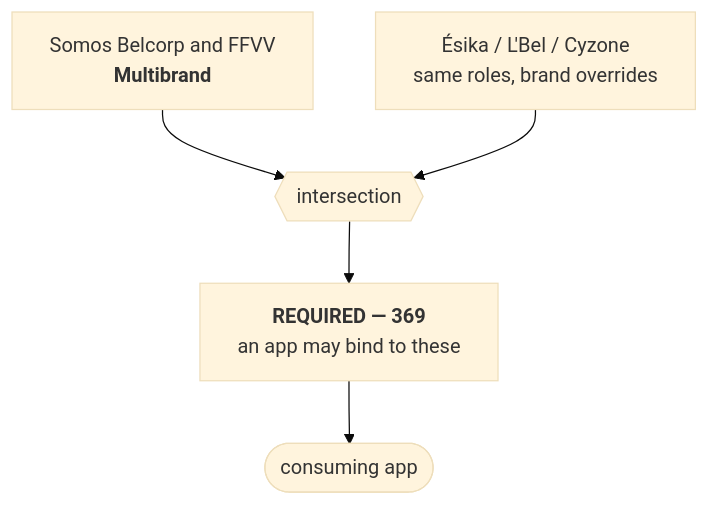
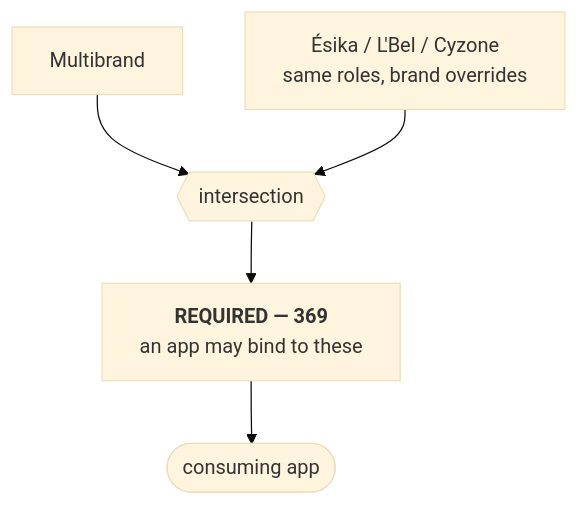
The second of 2 diagrams in docs/brands.md (esteban505r/design-system), drawn with Mermaid (base theme) before and after one commit. The commit also changed other lines of this file and 60 other files, not shown here.

First line of the commit message:
feat(tokens)!: ship Multibrand instead of Belcorp and FFVV sets

````diff
--- a/docs/brands.md
+++ b/docs/brands.md
@@ -112,7 +108,7 @@
 ```mermaid
 flowchart TD
-    BEL["Somos Belcorp and FFVV<br/><b>Multibrand</b>"] --> INT
+    MB["Multibrand"] --> INT
     SUB["Ésika / L'Bel / Cyzone<br/>same roles, brand overrides"] --> INT
     INT{{"intersection"}} --> REQ["<b>REQUIRED — 369</b><br/>an app may bind to these"]
     REQ --> APP(["consuming app"])
 ```
````
